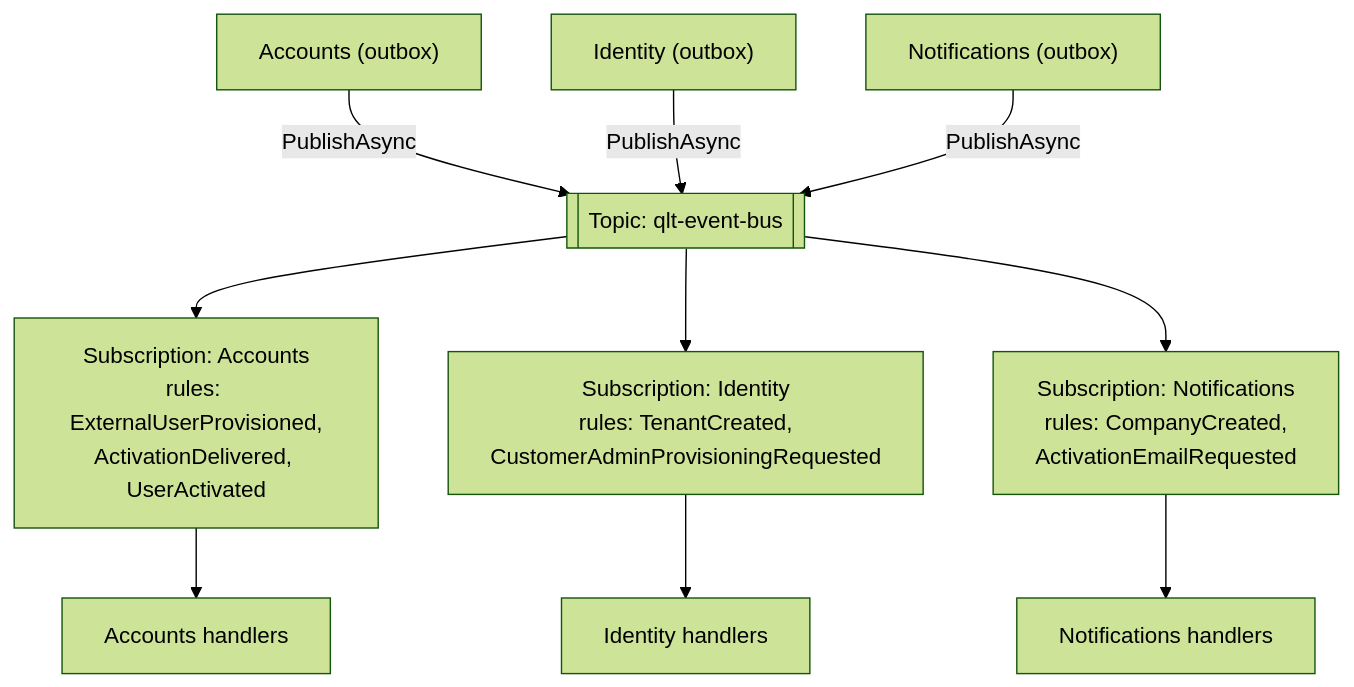
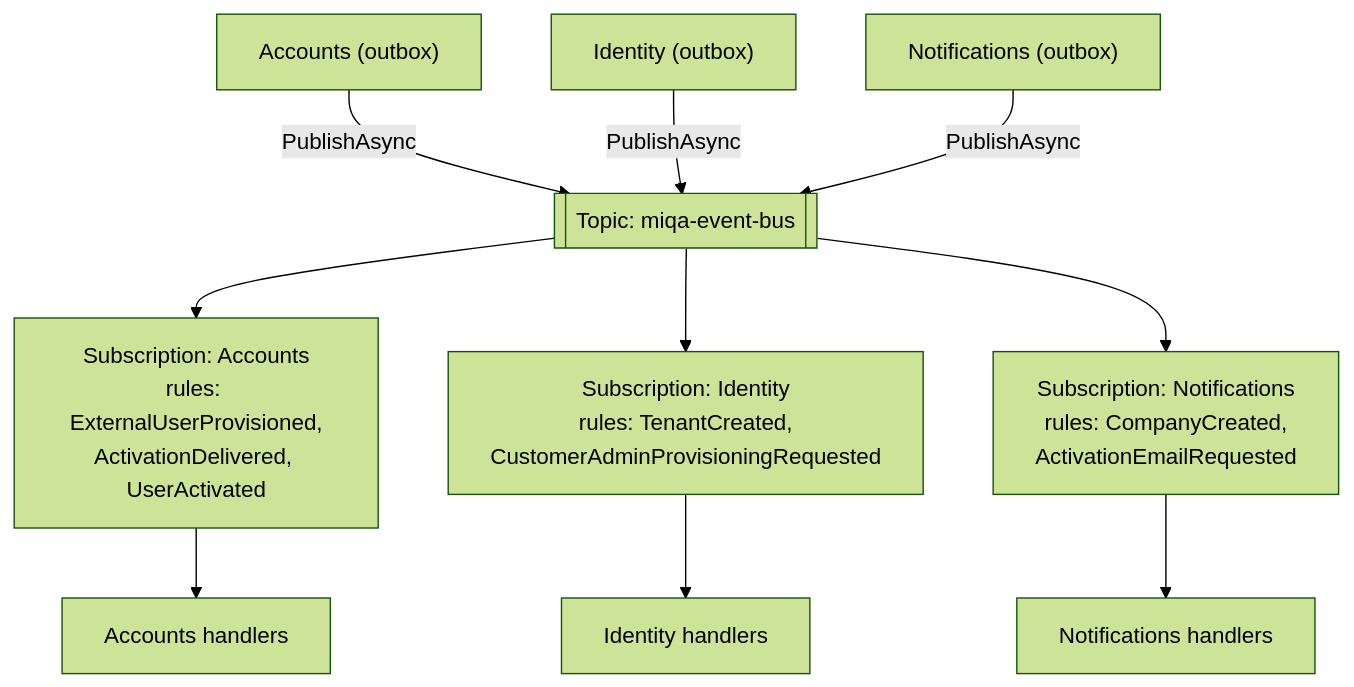
Before and after one commit to miquelalcaraz/Labs.ServicePlatform: the first of 4 diagrams in docs/architecture/07-event-bus.md, drawn with Mermaid (forest theme). The commit also changed other lines of this file and 1114 other files, not shown here.

Commit message:
refactor: rename namespaces from Qlt to Miqa

````diff
--- a/docs/architecture/07-event-bus.md
+++ b/docs/architecture/07-event-bus.md
@@ -18,16 +18,16 @@
 ```mermaid
 flowchart TB
     ACC_P["Accounts (outbox)"] -- "PublishAsync" --> TOPIC
     IDN_P["Identity (outbox)"] -- "PublishAsync" --> TOPIC
     NOT_P["Notifications (outbox)"] -- "PublishAsync" --> TOPIC
 
-    TOPIC[["Topic: qlt-event-bus"]]
+    TOPIC[["Topic: miqa-event-bus"]]
 
     TOPIC --> SA["Subscription: Accounts<br/>rules: ExternalUserProvisioned,<br/>ActivationDelivered, UserActivated"]
     TOPIC --> SI["Subscription: Identity<br/>rules: TenantCreated,<br/>CustomerAdminProvisioningRequested"]
     TOPIC --> SN["Subscription: Notifications<br/>rules: CompanyCreated,<br/>ActivationEmailRequested"]
 
     SA --> ACC_C["Accounts handlers"]
     SI --> IDN_C["Identity handlers"]
     SN --> NOT_C["Notifications handlers"]
 ```
````
